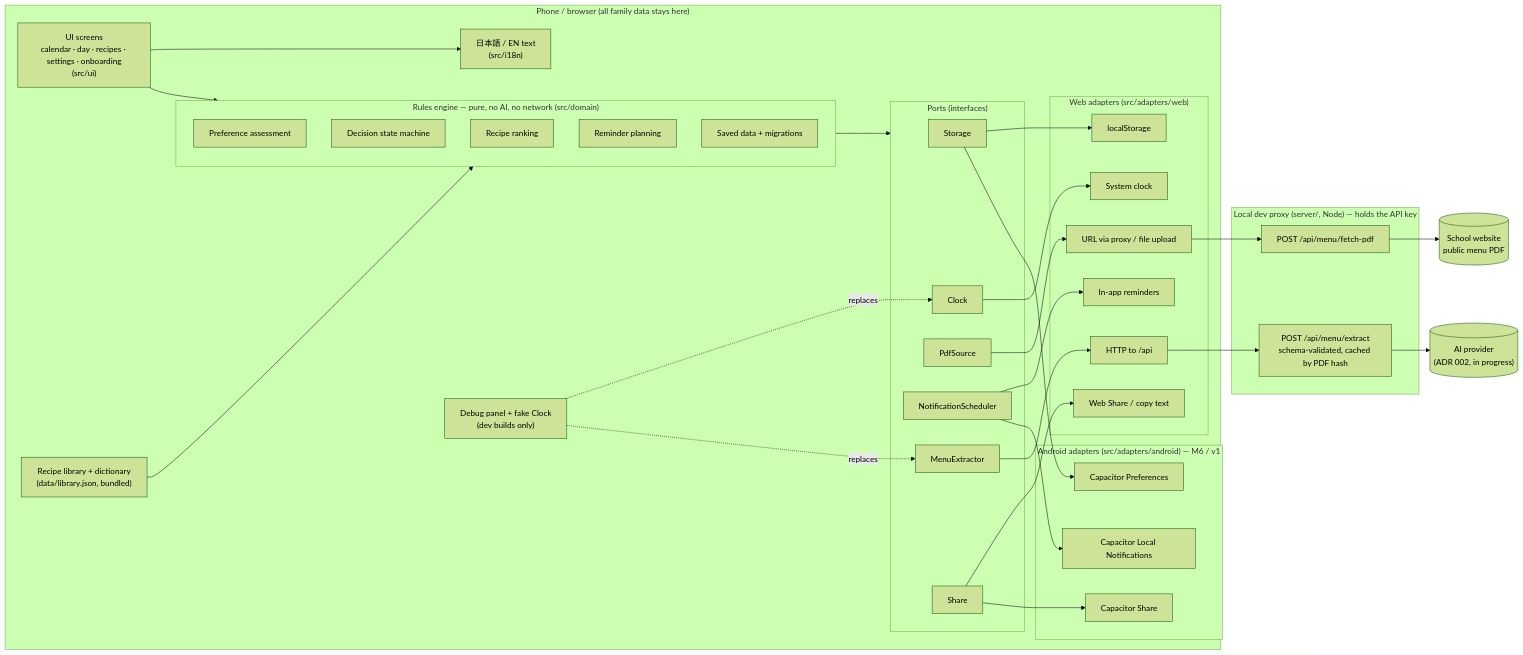
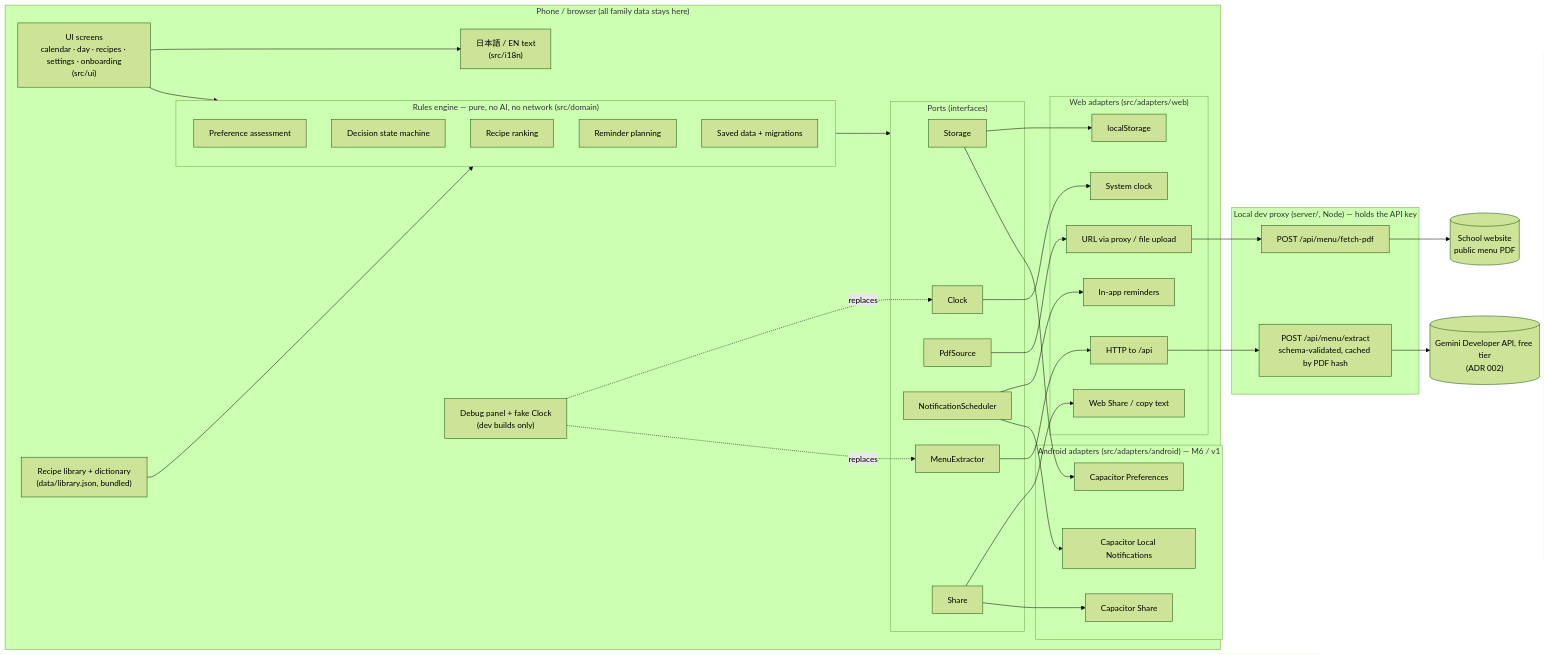
The diagram in docs/dev/architecture.md (MrDrah/BentoMinder), drawn with Mermaid (forest theme) before and after one commit. The commit also changed other lines of this file and 74 other files, not shown here.

````diff
--- a/docs/dev/architecture.md
+++ b/docs/dev/architecture.md
@@ -10,60 +10,60 @@
 ```mermaid
 flowchart LR
   subgraph Device["Phone / browser (all family data stays here)"]
     UI["UI screens<br/>calendar · day · recipes · settings · onboarding<br/>(src/ui)"]
     I18N["日本語 / EN text<br/>(src/i18n)"]
     subgraph Domain["Rules engine — pure, no AI, no network (src/domain)"]
       ASSESS["Preference assessment"]
       DECIDE["Decision state machine"]
       RANK["Recipe ranking"]
       PLAN["Reminder planning"]
       REPO["Saved data + migrations"]
     end
     subgraph Ports["Ports (interfaces)"]
       P1[Storage]
       P2[MenuExtractor]
       P3[PdfSource]
       P4[NotificationScheduler]
       P5[Clock]
       P6[Share]
     end
     subgraph Web["Web adapters (src/adapters/web)"]
       W1[localStorage]
       W2[HTTP to /api]
       W3[URL via proxy / file upload]
       W4[In-app reminders]
       W5[System clock]
       W6[Web Share / copy text]
     end
     subgraph Android["Android adapters (src/adapters/android) — M6 / v1"]
       A1[Capacitor Preferences]
       A4[Capacitor Local Notifications]
       A6[Capacitor Share]
     end
     DEBUG["Debug panel + fake Clock<br/>(dev builds only)"]
     DATA["Recipe library + dictionary<br/>(data/library.json, bundled)"]
   end
   subgraph Proxy["Local dev proxy (server/, Node) — holds the API key"]
     EP1["POST /api/menu/fetch-pdf"]
     EP2["POST /api/menu/extract<br/>schema-validated, cached by PDF hash"]
   end
-  AI[("AI provider<br/>(ADR 002, in progress)")]
+  AI[("Gemini Developer API, free tier<br/>(ADR 002)")]
   SCHOOL[("School website<br/>public menu PDF")]
 
   UI --> Domain
   UI --> I18N
   Domain --> Ports
   DATA --> Domain
   P1 --> W1 & A1
   P2 --> W2
   P3 --> W3
   P4 --> W4 & A4
   P5 --> W5
   P6 --> W6 & A6
   W2 --> EP2
   W3 --> EP1
   EP1 --> SCHOOL
   EP2 --> AI
   DEBUG -. replaces .-> P5
   DEBUG -. replaces .-> P2
 ```
````
